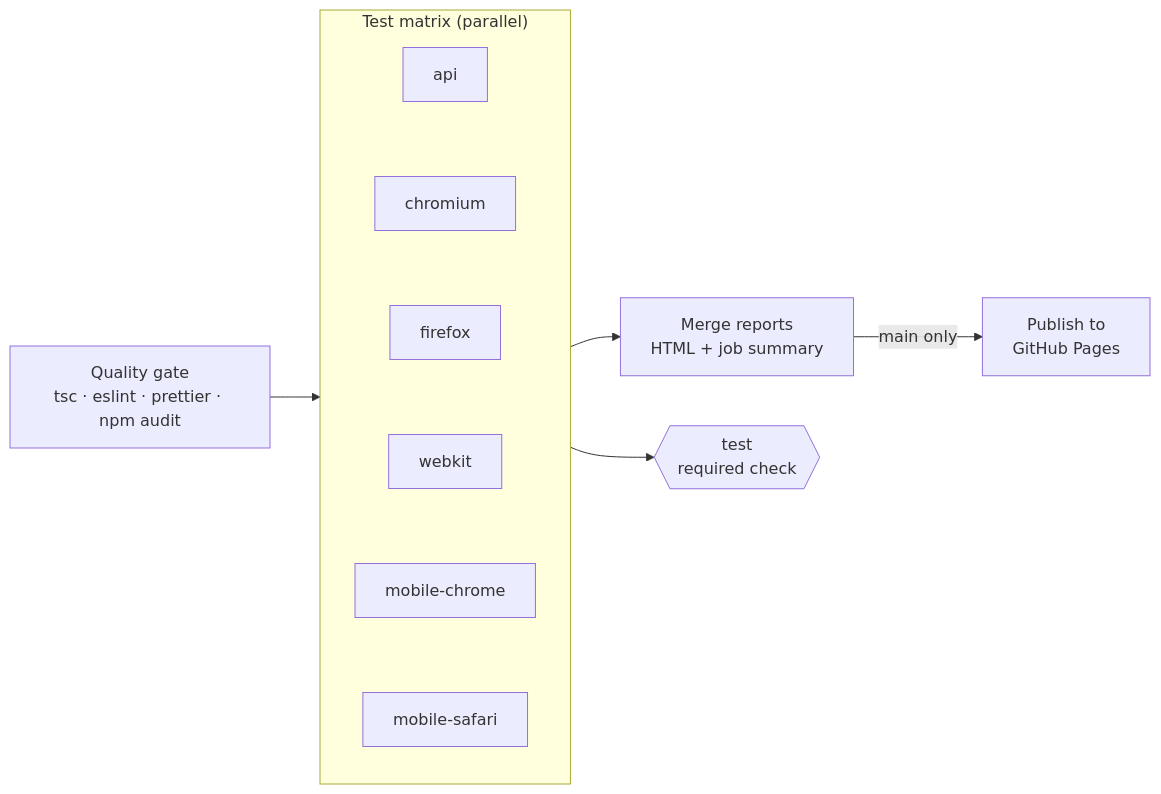
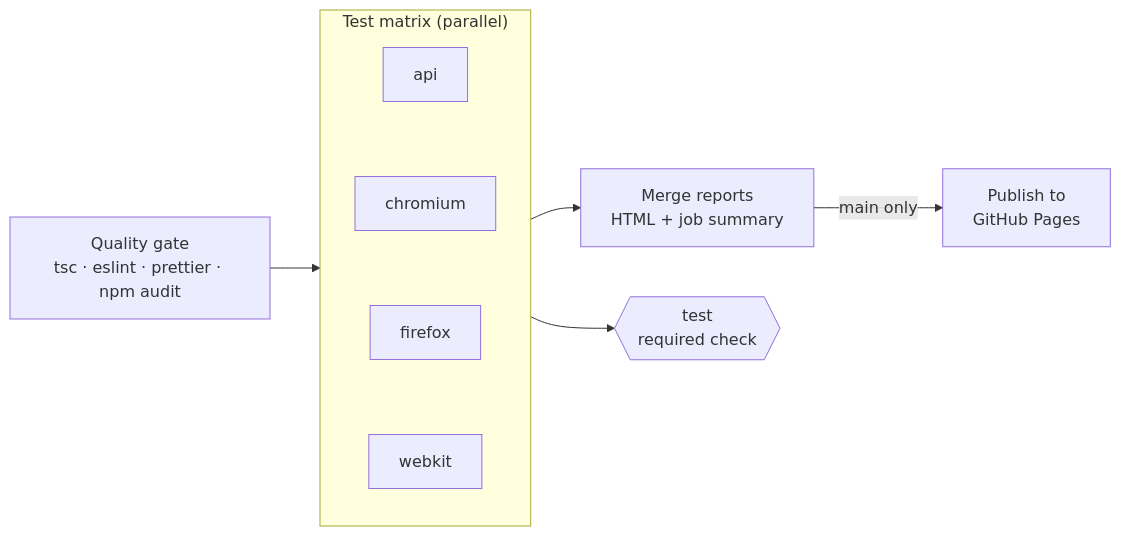
One commit to Zetyre/athena-bank-playwright-tests changed the second of 2 diagrams in README.md. Above: the diagram before and after it, drawn with Mermaid. The commit also changed other lines of this file and 36 other files, not shown here.

````diff
--- a/README.md
+++ b/README.md
@@ -356,11 +333,11 @@
 ```mermaid
 flowchart LR
   Q["Quality gate<br/>tsc · eslint · prettier · npm audit"] --> M
   subgraph M["Test matrix (parallel)"]
     direction TB
-    A[api] ~~~ CH[chromium] ~~~ FF[firefox] ~~~ WK[webkit] ~~~ MC[mobile-chrome] ~~~ MS[mobile-safari]
+    A[api] ~~~ CH[chromium] ~~~ FF[firefox] ~~~ WK[webkit]
   end
   M --> R["Merge reports<br/>HTML + job summary"]
   M --> G{{"test<br/>required check"}}
   R -->|main only| P["Publish to<br/>GitHub Pages"]
 ```
````
